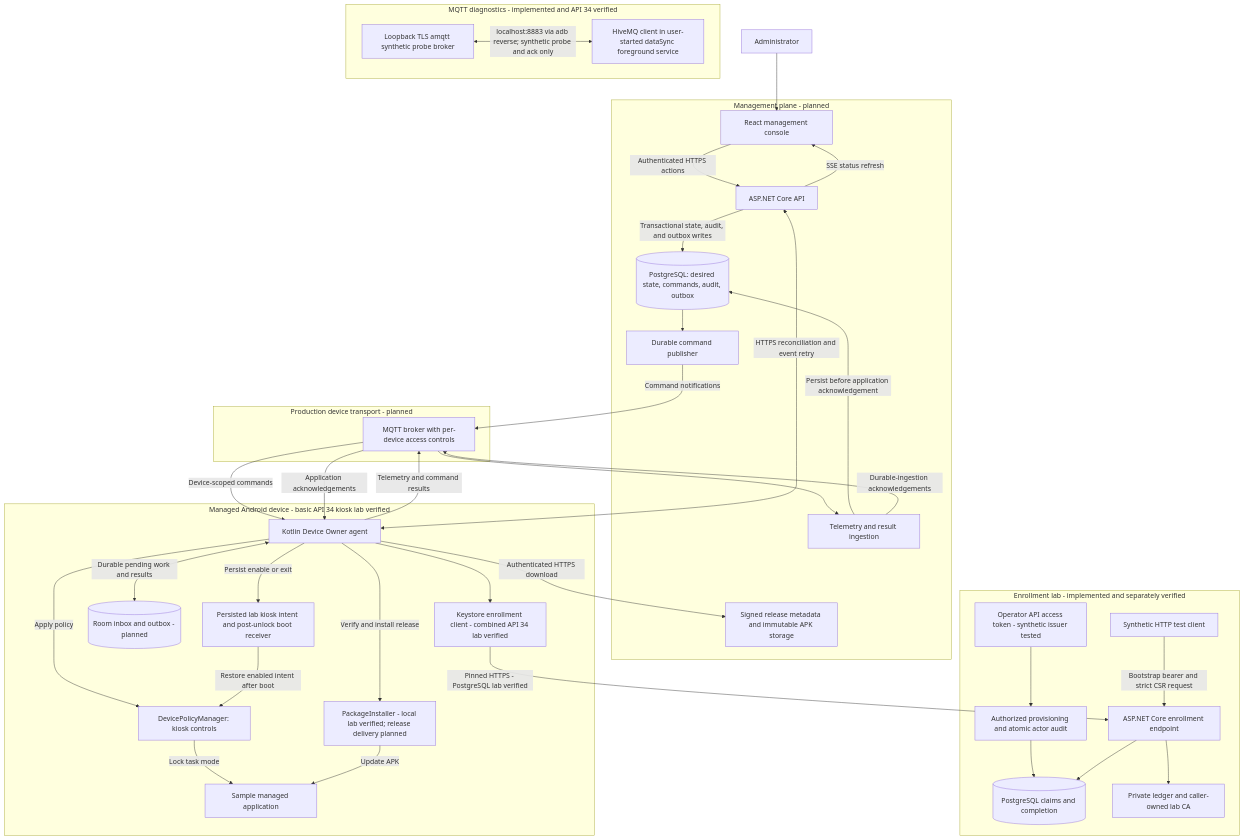
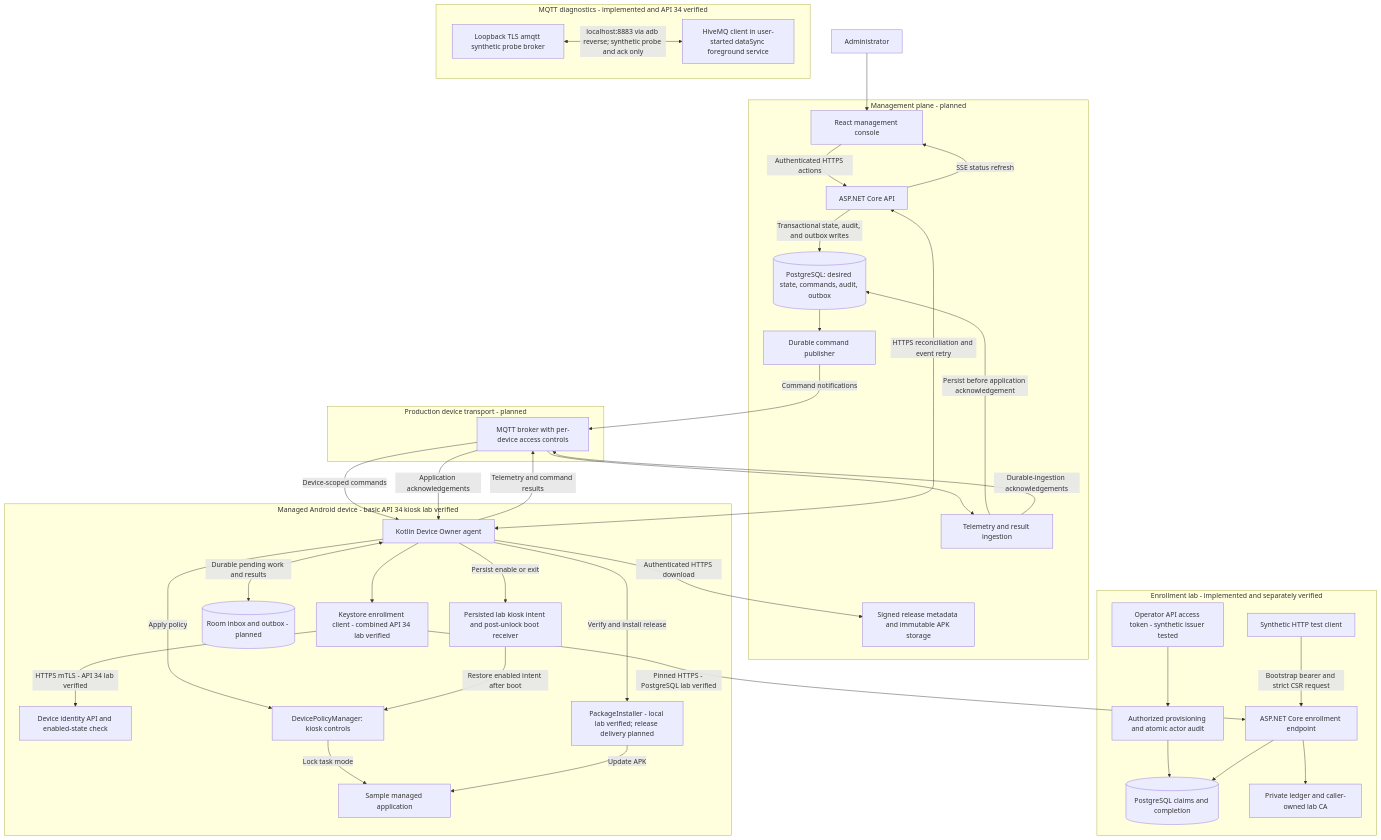
One commit to michaelnwanna/custom-android-mdm-agent changed the diagram in README.md. Above: the diagram before and after it, drawn with Mermaid. The commit also changed other lines of this file and 1369 other files, not shown here.

Commit message:
Add Keystore HTTPS mTLS identity and persisted access disable

````diff
--- a/README.md
+++ b/README.md
@@ -47,71 +49,72 @@
 ```mermaid
 flowchart TB
 	Admin[Administrator]
 
 	subgraph EnrollmentLab["Enrollment lab - implemented and separately verified"]
 		EnrollmentClient[Synthetic HTTP test client]
 		OperatorToken[Operator API access token - synthetic issuer tested]
 		Provisioning[Authorized provisioning and atomic actor audit]
 		OperatorToken --> Provisioning
 		Provisioning --> EnrollmentDB
 		EnrollmentAPI[ASP.NET Core enrollment endpoint]
 		EnrollmentDB[(PostgreSQL claims and completion)]
 		LabSigner[Private ledger and caller-owned lab CA]
 		EnrollmentClient -->|Bootstrap bearer and strict CSR request| EnrollmentAPI
 		EnrollmentAPI --> EnrollmentDB
 		EnrollmentAPI --> LabSigner
 	end
 
 	subgraph Management["Management plane - planned"]
 		Console[React management console]
 		API[ASP.NET Core API]
 		DB[(PostgreSQL: desired state, commands, audit, outbox)]
 		Publisher[Durable command publisher]
 		Ingest[Telemetry and result ingestion]
 		Artifacts[Signed release metadata and immutable APK storage]
 	end
 
 	subgraph Transport["Production device transport - planned"]
 		Broker[MQTT broker with per-device access controls]
 	end
 
 	subgraph Diagnostics["MQTT diagnostics - implemented and API 34 verified"]
 		LabBroker[Loopback TLS amqtt synthetic probe broker]
 		LabService[HiveMQ client in user-started dataSync foreground service]
 	end
 
 	subgraph Device["Managed Android device - basic API 34 kiosk lab verified"]
 		Agent[Kotlin Device Owner agent]
 		DeviceEnrollment[Keystore enrollment client - combined API 34 lab verified]
 		Agent --> DeviceEnrollment
 		DeviceEnrollment -->|Pinned HTTPS - PostgreSQL lab verified| EnrollmentAPI
+		DeviceEnrollment -->|HTTPS mTLS - API 34 lab verified| DeviceIdentity[Device identity API and enabled-state check]
 		Room[(Room inbox and outbox - planned)]
 		Policy[DevicePolicyManager: kiosk controls]
 		Boot[Persisted lab kiosk intent and post-unlock boot receiver]
 		Installer[PackageInstaller - local lab verified; release delivery planned]
 		Sample[Sample managed application]
 	end
 
 	Admin --> Console
 	LabBroker <-->|localhost:8883 via adb reverse; synthetic probe and ack only| LabService
 	Console -->|Authenticated HTTPS actions| API
 	API -->|Transactional state, audit, and outbox writes| DB
 	DB --> Publisher
 	Publisher -->|Command notifications| Broker
 	Broker -->|Device-scoped commands| Agent
 	Agent <-->|Durable pending work and results| Room
 	Agent -->|Apply policy| Policy
 	Agent -->|Persist enable or exit| Boot
 	Boot -->|Restore enabled intent after boot| Policy
 	Policy -->|Lock task mode| Sample
 	Agent -->|Verify and install release| Installer
 	Installer -->|Update APK| Sample
 	Agent -->|Authenticated HTTPS download| Artifacts
 	Agent -->|Telemetry and command results| Broker
 	Broker --> Ingest
 	Ingest -->|Persist before application acknowledgement| DB
 	Ingest -->|Durable-ingestion acknowledgements| Broker
 	Broker -->|Application acknowledgements| Agent
 	Agent <-->|HTTPS reconciliation and event retry| API
 	API -->|SSE status refresh| Console
 ```
````
